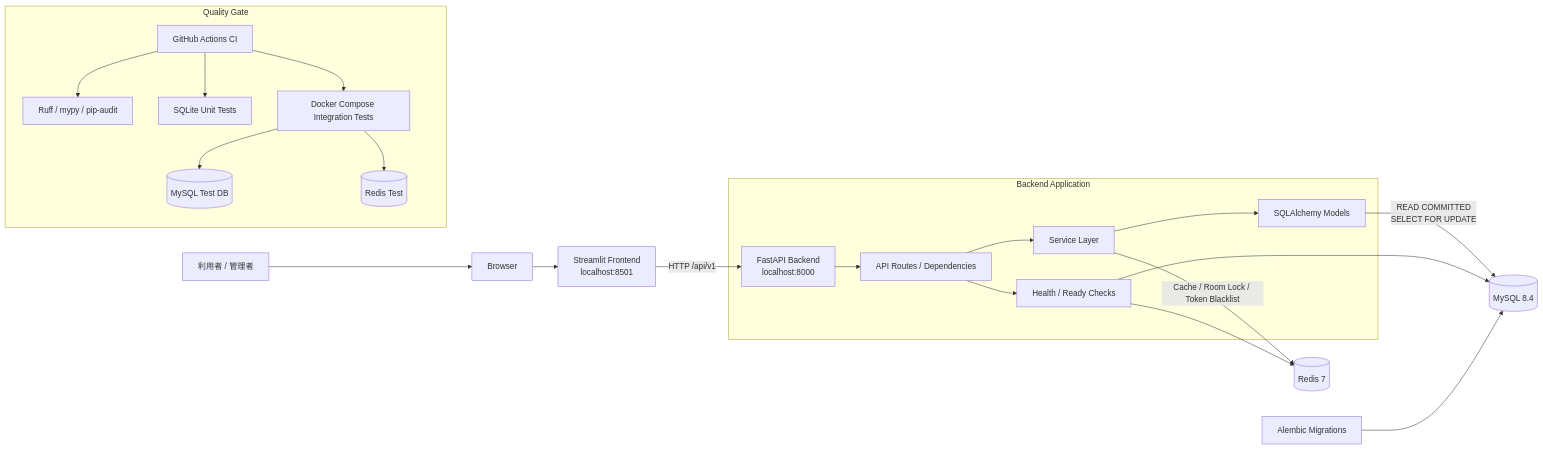
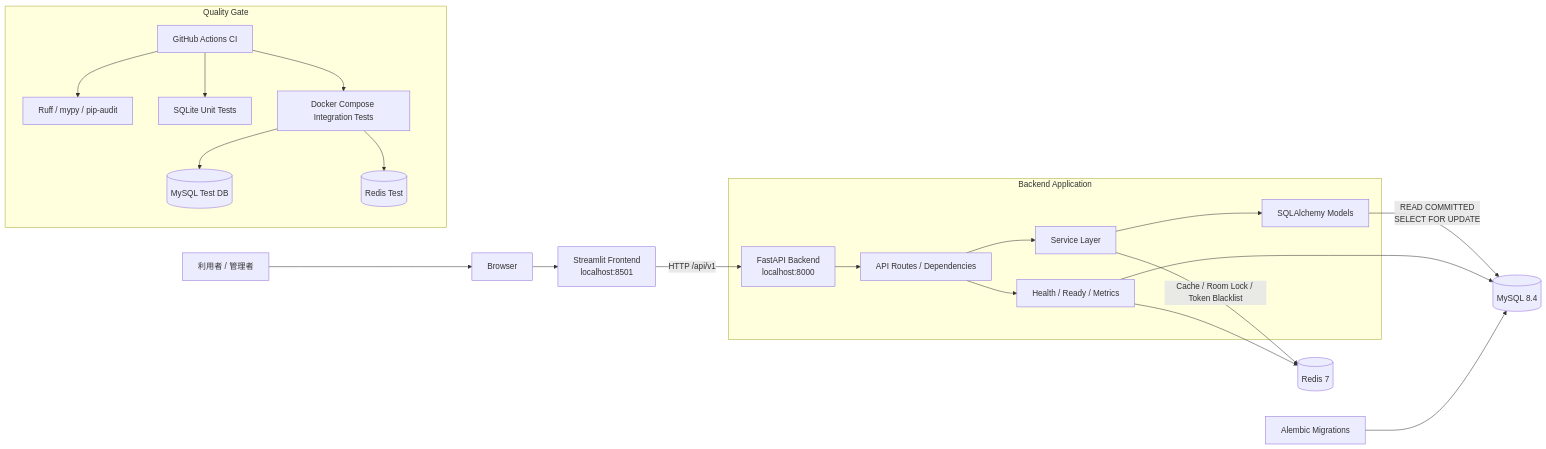
Before and after one commit to Ren-Tianming/Conference_Room_Reservation_System_API: the first of 3 diagrams in README.md, drawn with Mermaid. The commit also changed other lines of this file and 17 other files, not shown here.

````diff
--- a/README.md
+++ b/README.md
@@ -63,27 +65,27 @@
 ```mermaid
 flowchart LR
     user[利用者 / 管理者] --> browser[Browser]
     browser --> frontend[Streamlit Frontend<br/>localhost:8501]
     frontend -->|HTTP /api/v1| backend[FastAPI Backend<br/>localhost:8000]
 
     subgraph application[Backend Application]
         backend --> routes[API Routes / Dependencies]
         routes --> services[Service Layer]
         services --> models[SQLAlchemy Models]
-        routes --> ready[Health / Ready Checks]
+        routes --> ready[Health / Ready / Metrics]
     end
 
     models -->|READ COMMITTED<br/>SELECT FOR UPDATE| mysql[(MySQL 8.4)]
     services -->|Cache / Room Lock / Token Blacklist| redis[(Redis 7)]
     ready --> mysql
     ready --> redis
     migrations[Alembic Migrations] --> mysql
 
     subgraph delivery[Quality Gate]
         actions[GitHub Actions CI] --> static[Ruff / mypy / pip-audit]
         actions --> units[SQLite Unit Tests]
         actions --> integration[Docker Compose Integration Tests]
         integration --> testdb[(MySQL Test DB)]
         integration --> testredis[(Redis Test)]
     end
 ```
````
